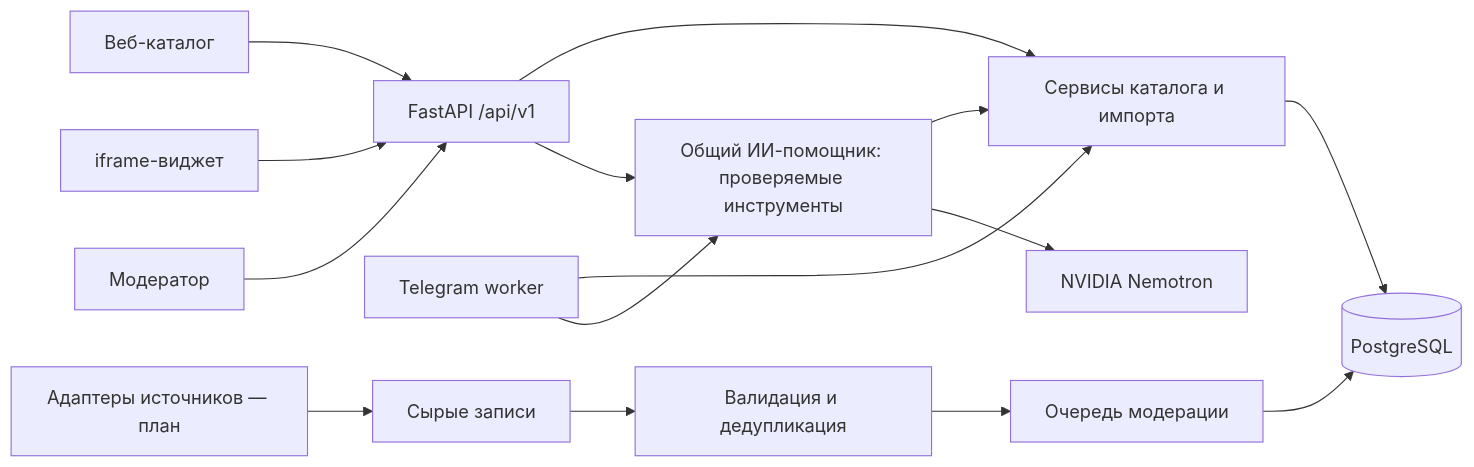
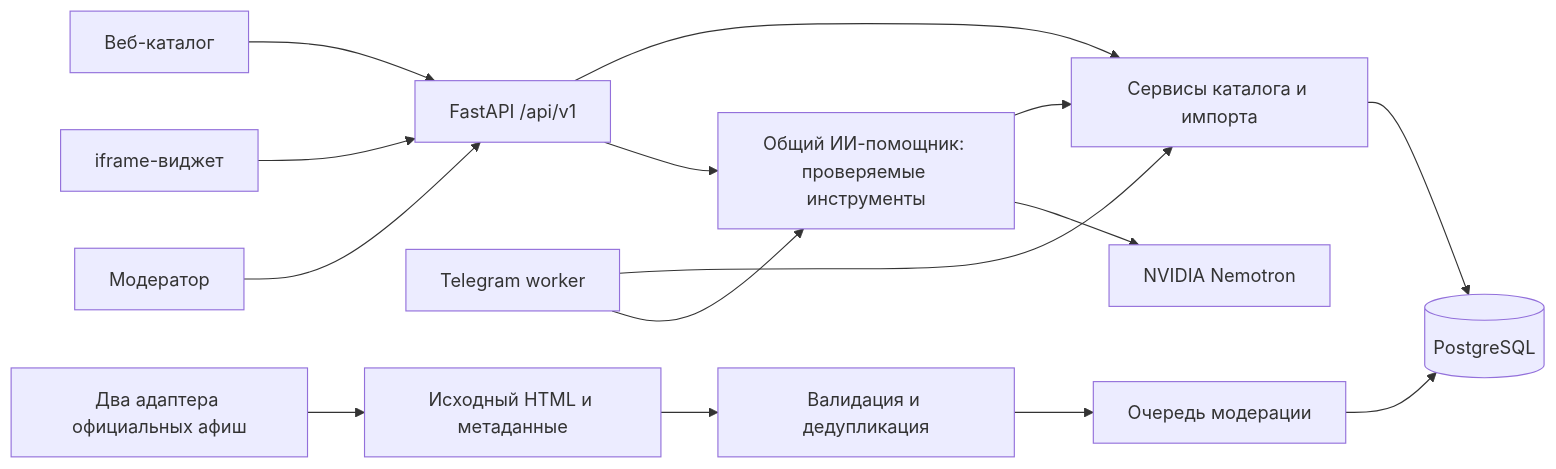
The diagram in docs/ARCHITECTURE.md (coldtime108/kurai-afisha), drawn with Mermaid before and after one commit. The commit also changed other lines of this file and 28 other files, not shown here.

````diff
--- a/docs/ARCHITECTURE.md
+++ b/docs/ARCHITECTURE.md
@@ -7,17 +7,17 @@
 ```mermaid
 flowchart LR
   W[Веб-каталог] --> API[FastAPI /api/v1]
   T[Telegram worker] --> S
   I[iframe-виджет] --> API
   M[Модератор] --> API
   API --> S[Сервисы каталога и импорта]
   S --> DB[(PostgreSQL)]
-  C[Адаптеры источников — план] --> R[Сырые записи]
+  C[Два адаптера официальных афиш] --> R[Исходный HTML и метаданные]
   R --> V[Валидация и дедупликация]
   V --> Q[Очередь модерации]
   Q --> DB
   API --> A[Общий ИИ-помощник: проверяемые инструменты]
   T --> A
   A --> S
   A --> L[NVIDIA Nemotron]
 ```
````
